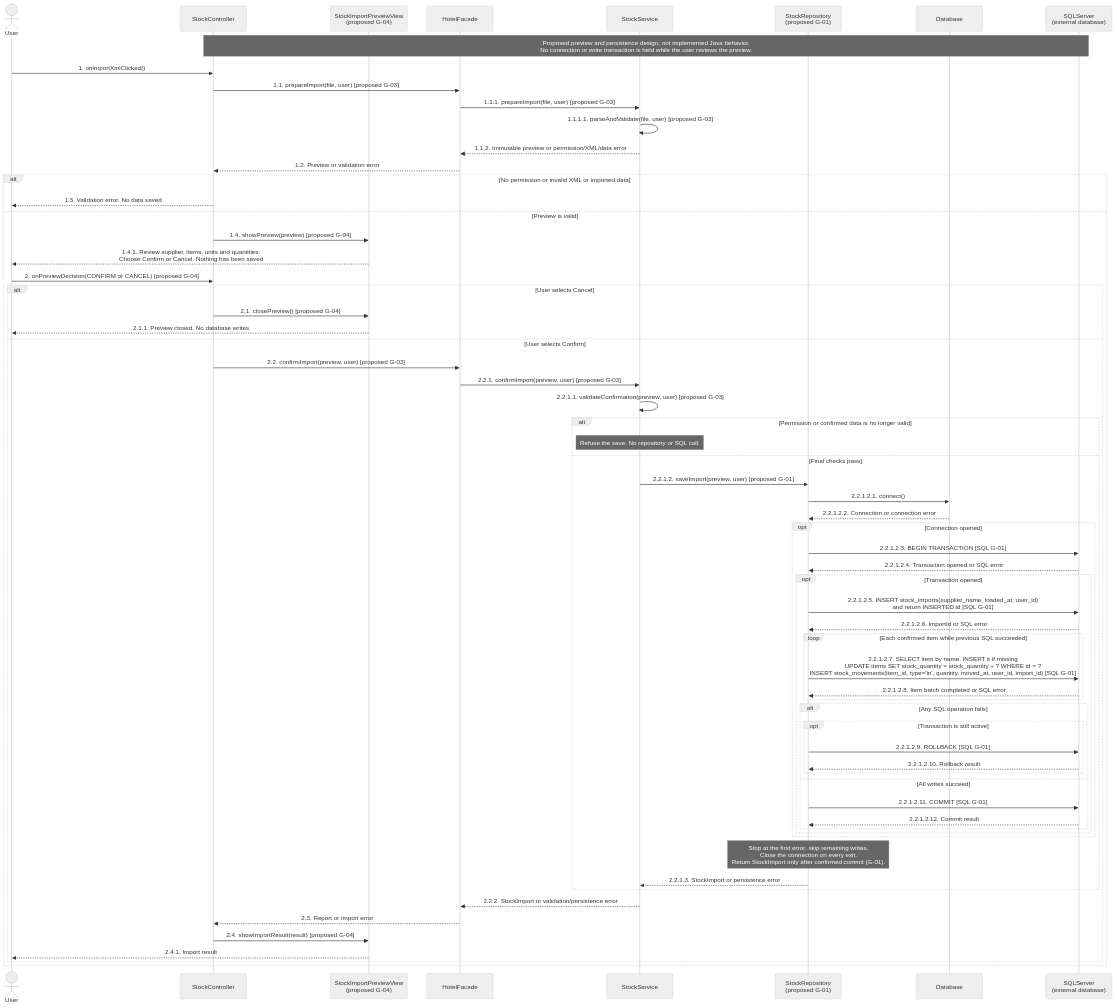
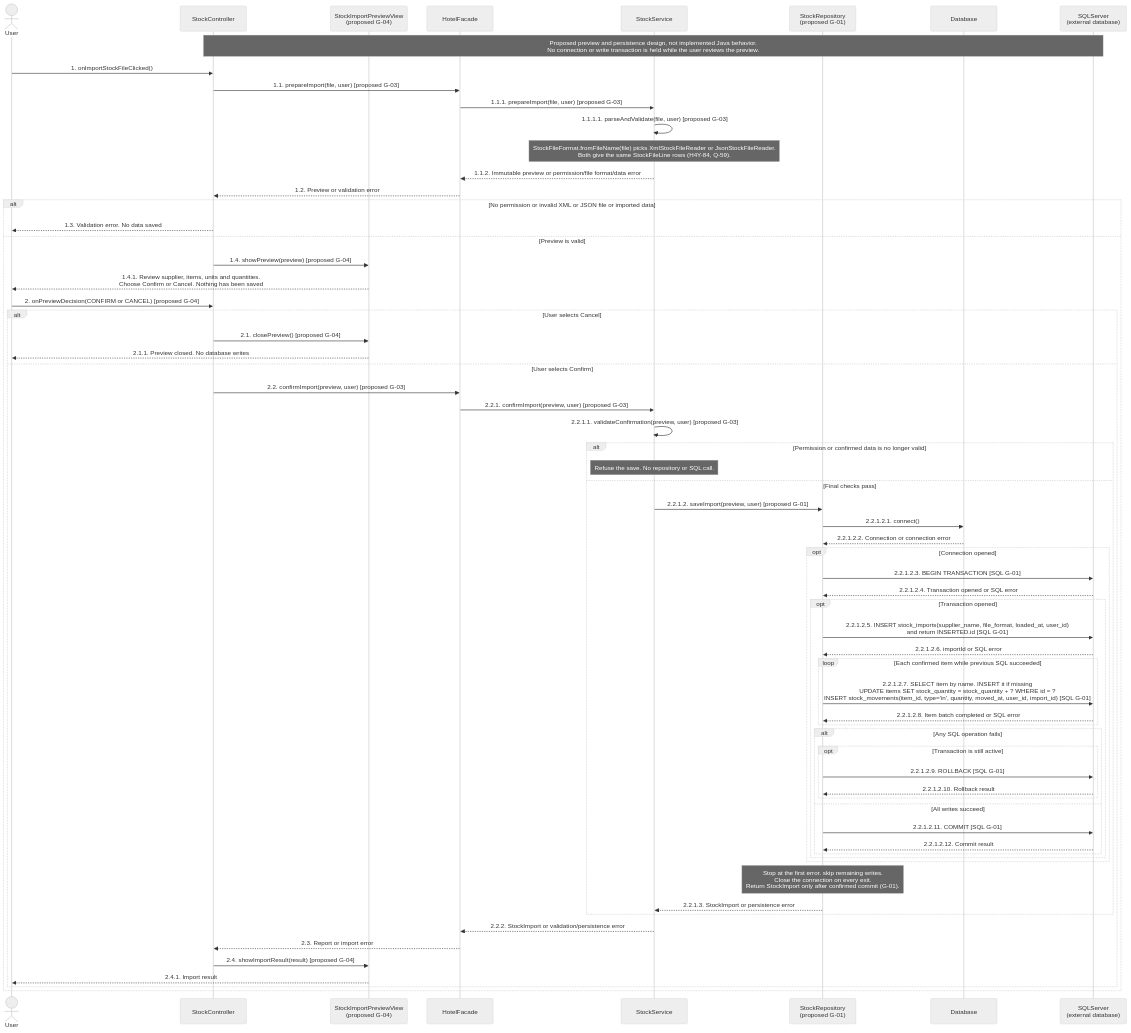
The second of 2 diagrams in docs/uml/sequence-diagrams.md (BorjaTiago/hotel4you), drawn with Mermaid before and after one commit. The commit also changed other lines of this file and 9 other files, not shown here.

Commit message:
H4Y-84 add the JSON supplier file to the UML diagrams and guides

````diff
--- a/docs/uml/sequence-diagrams.md
+++ b/docs/uml/sequence-diagrams.md
@@ -102,68 +102,69 @@
 ```mermaid
 %%{init: {"theme":"neutral","fontFamily":"Arial","sequence":{"width":170,"wrap":false}}}%%
 sequenceDiagram
     actor User
     participant SC as StockController
     participant PV as StockImportPreviewView<br/>(proposed G-04)
     participant F as HotelFacade
     participant SS as StockService
     participant SR as StockRepository<br/>(proposed G-01)
     participant D as Database
     participant SQL as SQLServer<br/>(external database)
     Note over SC,SQL: Proposed preview and persistence design, not implemented Java behavior.<br/>No connection or write transaction is held while the user reviews the preview.
-    User->>SC: 1. onImportXmlClicked()
+    User->>SC: 1. onImportStockFileClicked()
     SC->>F: 1.1. prepareImport(file, user) [proposed G-03]
     F->>SS: 1.1.1. prepareImport(file, user) [proposed G-03]
     SS->>SS: 1.1.1.1. parseAndValidate(file, user) [proposed G-03]
-    SS-->>F: 1.1.2. Immutable preview or permission/XML/data error
+    Note over SS: StockFileFormat.fromFileName(file) picks XmlStockFileReader or JsonStockFileReader.<br/>Both give the same StockFileLine rows (H4Y-84, Q-59).
+    SS-->>F: 1.1.2. Immutable preview or permission/file format/data error
     F-->>SC: 1.2. Preview or validation error
-    alt No permission or invalid XML or imported data
+    alt No permission or invalid XML or JSON file or imported data
         SC-->>User: 1.3. Validation error. No data saved
     else Preview is valid
         SC->>PV: 1.4. showPreview(preview) [proposed G-04]
         PV-->>User: 1.4.1. Review supplier, items, units and quantities.<br/>Choose Confirm or Cancel. Nothing has been saved
         User->>SC: 2. onPreviewDecision(CONFIRM or CANCEL) [proposed G-04]
         alt User selects Cancel
             SC->>PV: 2.1. closePreview() [proposed G-04]
             PV-->>User: 2.1.1. Preview closed. No database writes
         else User selects Confirm
             SC->>F: 2.2. confirmImport(preview, user) [proposed G-03]
             F->>SS: 2.2.1. confirmImport(preview, user) [proposed G-03]
             SS->>SS: 2.2.1.1. validateConfirmation(preview, user) [proposed G-03]
             alt Permission or confirmed data is no longer valid
                 Note over SS: Refuse the save. No repository or SQL call.
             else Final checks pass
                 SS->>SR: 2.2.1.2. saveImport(preview, user) [proposed G-01]
                 SR->>D: 2.2.1.2.1. connect()
                 D-->>SR: 2.2.1.2.2. Connection or connection error
                 opt Connection opened
                     SR->>SQL: 2.2.1.2.3. BEGIN TRANSACTION [SQL G-01]
                     SQL-->>SR: 2.2.1.2.4. Transaction opened or SQL error
                     opt Transaction opened
-                        SR->>SQL: 2.2.1.2.5. INSERT stock_imports(supplier_name, loaded_at, user_id)<br/>and return INSERTED.id [SQL G-01]
+                        SR->>SQL: 2.2.1.2.5. INSERT stock_imports(supplier_name, file_format, loaded_at, user_id)<br/>and return INSERTED.id [SQL G-01]
                         SQL-->>SR: 2.2.1.2.6. importId or SQL error
                         loop Each confirmed item while previous SQL succeeded
                             SR->>SQL: 2.2.1.2.7. SELECT item by name. INSERT it if missing<br/>UPDATE items SET stock_quantity = stock_quantity + ? WHERE id = ?<br/>INSERT stock_movements(item_id, type='in', quantity, moved_at, user_id, import_id) [SQL G-01]
                             SQL-->>SR: 2.2.1.2.8. Item batch completed or SQL error
                         end
                         alt Any SQL operation fails
                             opt Transaction is still active
                                 SR->>SQL: 2.2.1.2.9. ROLLBACK [SQL G-01]
                                 SQL-->>SR: 2.2.1.2.10. Rollback result
                             end
                         else All writes succeed
                             SR->>SQL: 2.2.1.2.11. COMMIT [SQL G-01]
                             SQL-->>SR: 2.2.1.2.12. Commit result
                         end
                     end
                 end
                 Note over SR: Stop at the first error. skip remaining writes.<br/>Close the connection on every exit.<br/>Return StockImport only after confirmed commit (G-01).
                 SR-->>SS: 2.2.1.3. StockImport or persistence error
             end
             SS-->>F: 2.2.2. StockImport or validation/persistence error
             F-->>SC: 2.3. Report or import error
             SC->>PV: 2.4. showImportResult(result) [proposed G-04]
             PV-->>User: 2.4.1. Import result
         end
     end
 ```
````
